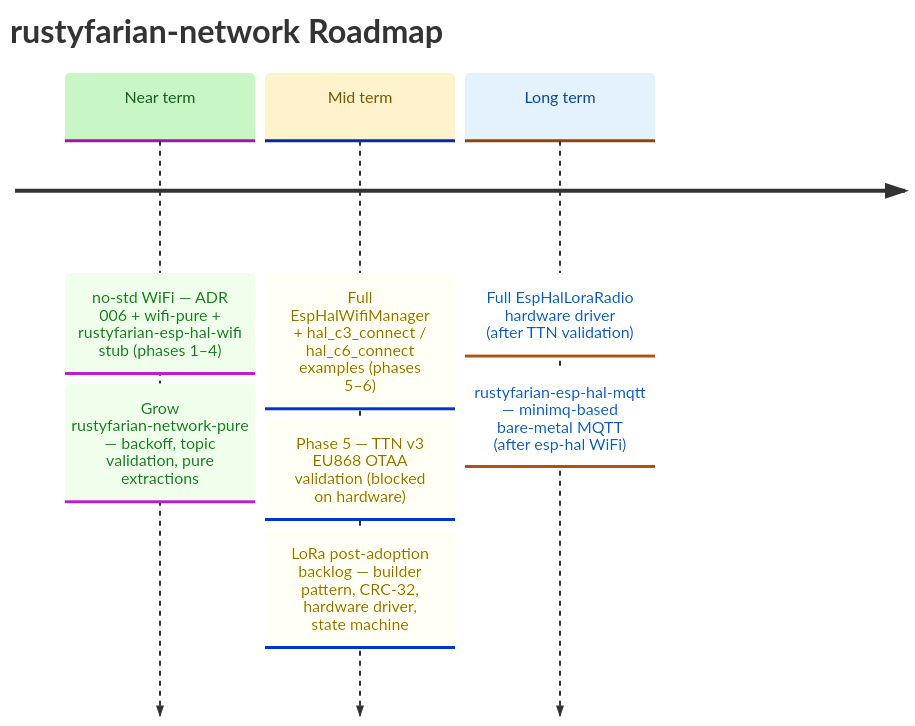
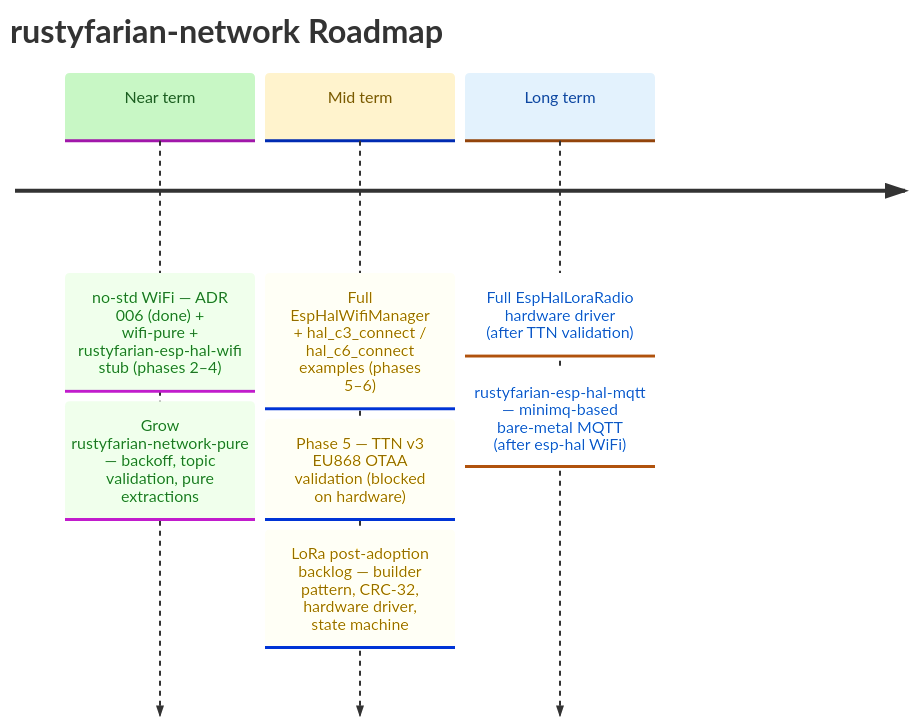
The diagram in docs/ROADMAP.md (datenkollektiv/rustyfarian-network), drawn with Mermaid before and after one commit. The commit also changed other lines of this file and 11 other files, not shown here.

Commit message:
Add wifi-pure crate with platform-independent Wi-Fi types and traits

````diff
--- a/docs/ROADMAP.md
+++ b/docs/ROADMAP.md
@@ -9,26 +9,26 @@
 ```mermaid
 %%{init: {
   "theme": "base",
   "themeVariables": {
     "cScale0": "#c8f7c5",
     "cScaleLabel0": "#1b5e20",
     "cScale1": "#fff3cd",
     "cScaleLabel1": "#7a5a00",
     "cScale2": "#e3f2fd",
     "cScaleLabel2": "#0d47a1"
   }
 }}%%
 
 timeline
     title rustyfarian-network Roadmap
 
-    Near term : no-std WiFi — ADR 006 + wifi-pure + rustyfarian-esp-hal-wifi stub (phases 1–4)
+    Near term : no-std WiFi — ADR 006 (done) + wifi-pure + rustyfarian-esp-hal-wifi stub (phases 2–4)
               : Grow rustyfarian-network-pure — backoff, topic validation, pure extractions
 
     Mid term  : Full EspHalWifiManager + hal_c3_connect / hal_c6_connect examples (phases 5–6)
               : Phase 5 — TTN v3 EU868 OTAA validation (blocked on hardware)
               : LoRa post-adoption backlog — builder pattern, CRC-32, hardware driver, state machine
 
     Long term : Full EspHalLoraRadio hardware driver (after TTN validation)
               : rustyfarian-esp-hal-mqtt — minimq-based bare-metal MQTT (after esp-hal WiFi)
 ```
````
